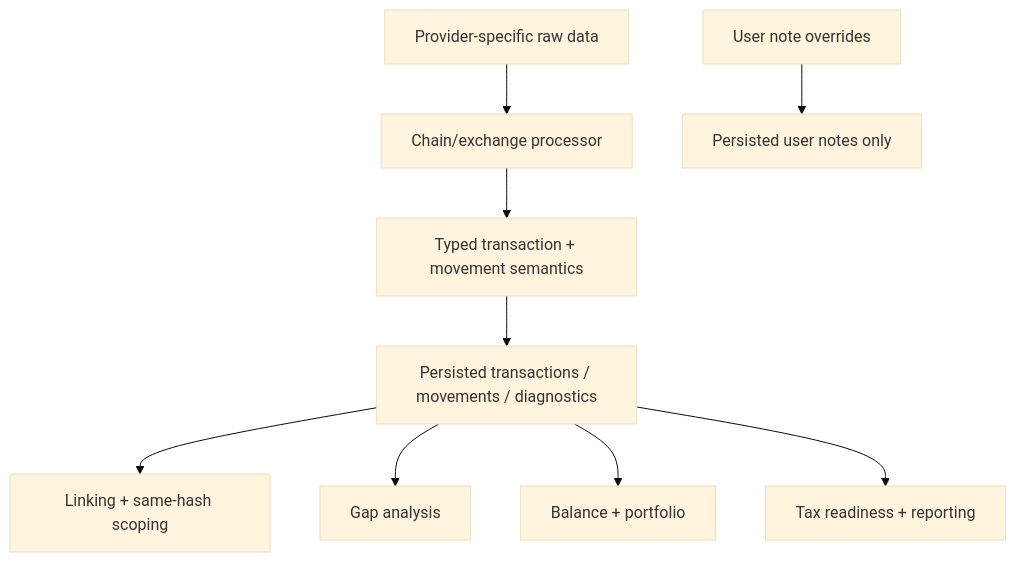
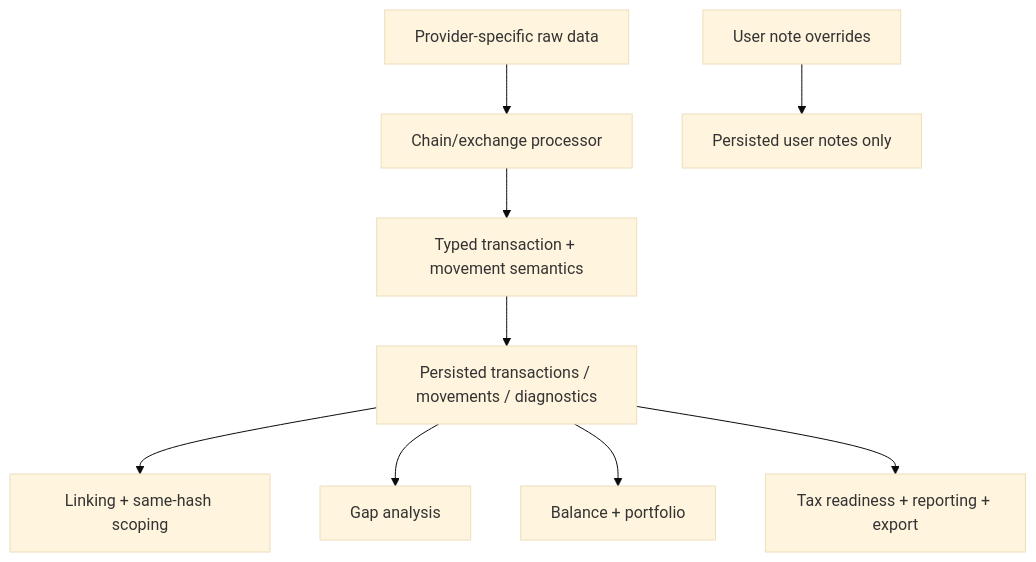
Before and after one commit to jbelanger/exitbook: the diagram in docs/specs/movement-semantics-and-diagnostics.md, drawn with Mermaid (base theme). The commit also changed other lines of this file and 47 other files, not shown here.

````diff
--- a/docs/specs/movement-semantics-and-diagnostics.md
+++ b/docs/specs/movement-semantics-and-diagnostics.md
@@ -298,11 +348,11 @@
 ```mermaid
 graph TD
     A["Provider-specific raw data"] --> B["Chain/exchange processor"]
     B --> C["Typed transaction + movement semantics"]
     C --> D["Persisted transactions / movements / diagnostics"]
     D --> E["Linking + same-hash scoping"]
     D --> F["Gap analysis"]
     D --> G["Balance + portfolio"]
-    D --> H["Tax readiness + reporting"]
+    D --> H["Tax readiness + reporting + export"]
     I["User note overrides"] --> J["Persisted user notes only"]
 ```
````
